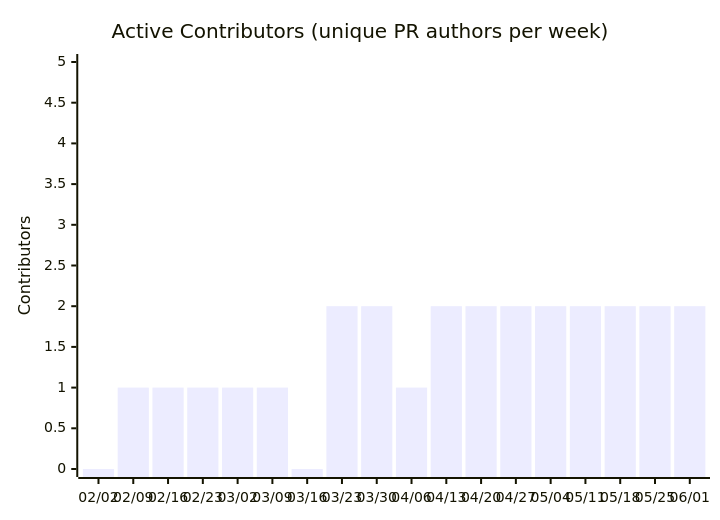
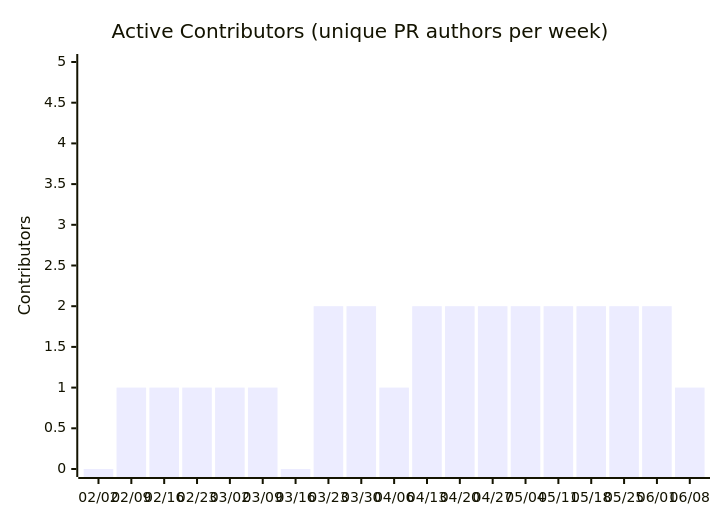
The seventh of 14 diagrams in docs/metrics.md (nablarch/nabledge-dev), drawn with Mermaid before and after one commit. The commit also changed other lines of this file and 2 other files, not shown here.

````diff
--- a/docs/metrics.md
+++ b/docs/metrics.md
@@ -109,7 +109,7 @@
 ```mermaid
 xychart-beta
   title "Active Contributors (unique PR authors per week)"
-  x-axis ["02/02", "02/09", "02/16", "02/23", "03/02", "03/09", "03/16", "03/23", "03/30", "04/06", "04/13", "04/20", "04/27", "05/04", "05/11", "05/18", "05/25", "06/01"]
+  x-axis ["02/02", "02/09", "02/16", "02/23", "03/02", "03/09", "03/16", "03/23", "03/30", "04/06", "04/13", "04/20", "04/27", "05/04", "05/11", "05/18", "05/25", "06/01", "06/08"]
   y-axis "Contributors" 0 --> 5
-  bar [0, 1, 1, 1, 1, 1, 0, 2, 2, 1, 2, 2, 2, 2, 2, 2, 2, 2]
+  bar [0, 1, 1, 1, 1, 1, 0, 2, 2, 1, 2, 2, 2, 2, 2, 2, 2, 2, 1]
 ```
````
